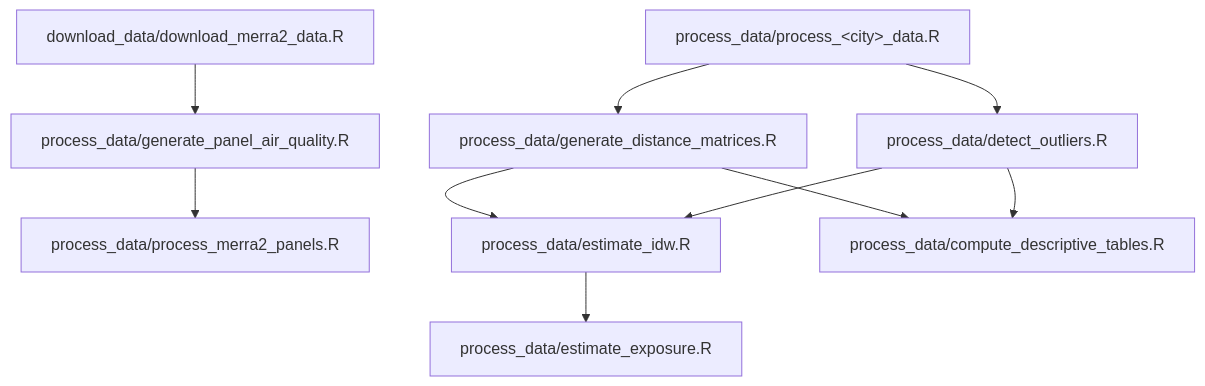
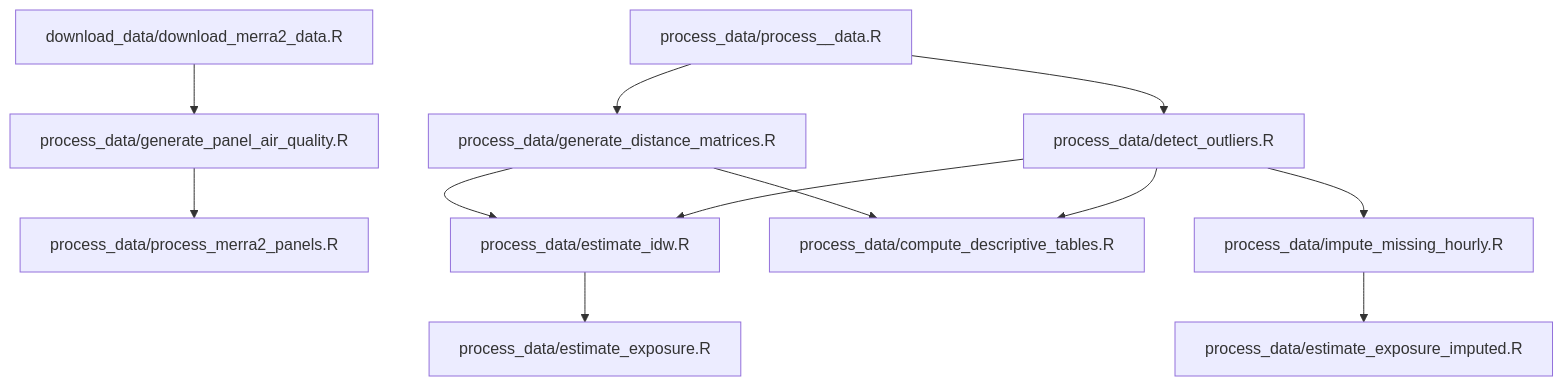
Before and after one commit to correia-marcos/air_quality: the first of 2 diagrams in README.md, drawn with Mermaid. The commit also changed other lines of this file, not shown here.

````diff
--- a/README.md
+++ b/README.md
@@ -238,18 +283,21 @@
 ```mermaid
 flowchart TD
   DL["download_data/download_merra2_data.R"]
   GP["process_data/generate_panel_air_quality.R"]
   MP["process_data/process_merra2_panels.R"]
-  PC["process_data/process_&lt;city&gt;_data.R"]
+  PC["process_data/process_<city>_data.R"]
   GD["process_data/generate_distance_matrices.R"]
   DO["process_data/detect_outliers.R"]
   IDW["process_data/estimate_idw.R"]
   REG["process_data/estimate_exposure.R"]
   DESC["process_data/compute_descriptive_tables.R"]
+  IMH["process_data/impute_missing_hourly.R"]
+  EEI["process_data/estimate_exposure_imputed.R"]
 
   DL --> GP --> MP
   PC --> GD --> IDW --> REG
   PC --> DO --> IDW
   GD --> DESC
   DO --> DESC
+  DO --> IMH --> EEI
 ```
````
